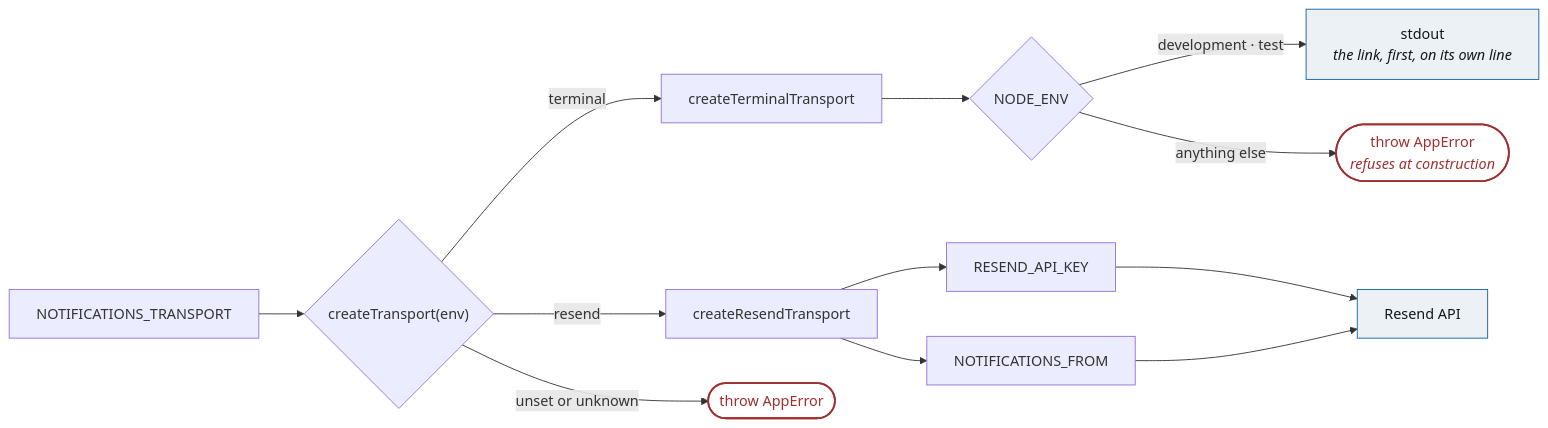
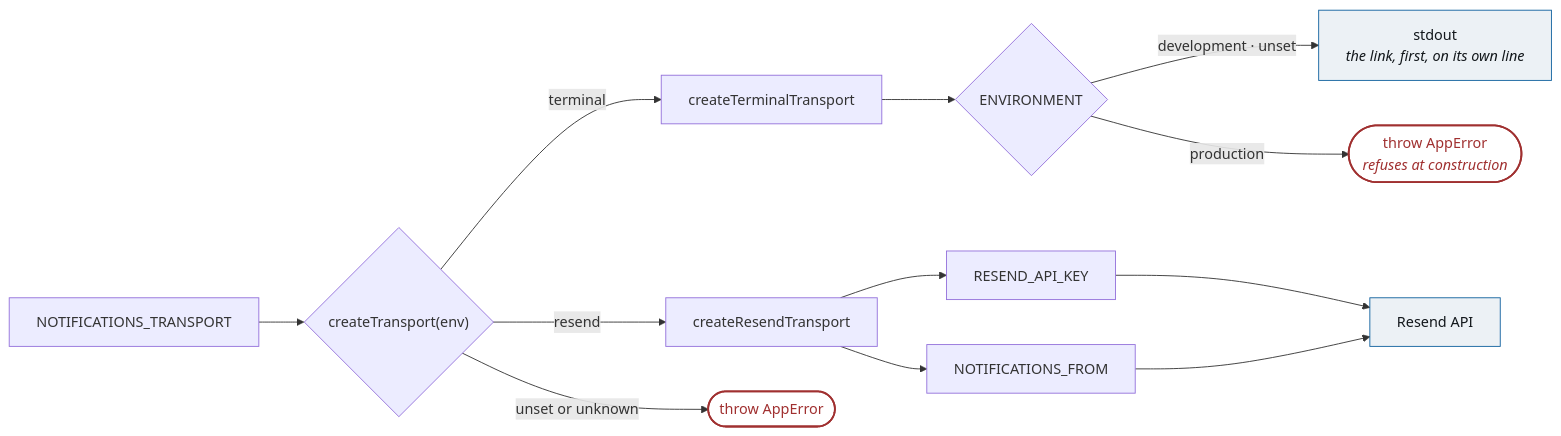
The third of 4 diagrams in packages/notifications/README.md (m0t0r/recomencemos), drawn with Mermaid before and after one commit. The commit also changed other lines of this file and 30 other files, not shown here.

````diff
--- a/packages/notifications/README.md
+++ b/packages/notifications/README.md
@@ -107,21 +107,21 @@
 ```mermaid
 flowchart LR
     ENV["NOTIFICATIONS_TRANSPORT"] --> SEL{"createTransport(env)"}
 
     SEL -->|"terminal"| T1["createTerminalTransport"]
     SEL -->|"resend"| T2["createResendTransport"]
     SEL -->|"unset or unknown"| X(["throw AppError"])
 
-    T1 --> G{"NODE_ENV"}
-    G -->|"development · test"| OK1["stdout<br/><i>the link, first, on its own line</i>"]
-    G -->|"anything else"| X2(["throw AppError<br/><i>refuses at construction</i>"])
+    T1 --> G{"ENVIRONMENT"}
+    G -->|"development · unset"| OK1["stdout<br/><i>the link, first, on its own line</i>"]
+    G -->|"production"| X2(["throw AppError<br/><i>refuses at construction</i>"])
 
     T2 --> N1["RESEND_API_KEY"]
     T2 --> N2["NOTIFICATIONS_FROM"]
     N1 & N2 --> OK2["Resend API"]
 
     classDef bad fill:#fff,stroke:#a03030,color:#a03030,stroke-width:2px
     classDef good fill:#ecf1f5,stroke:#10619e,color:#12171b
     class X,X2 bad
     class OK1,OK2 good
 ```
````
